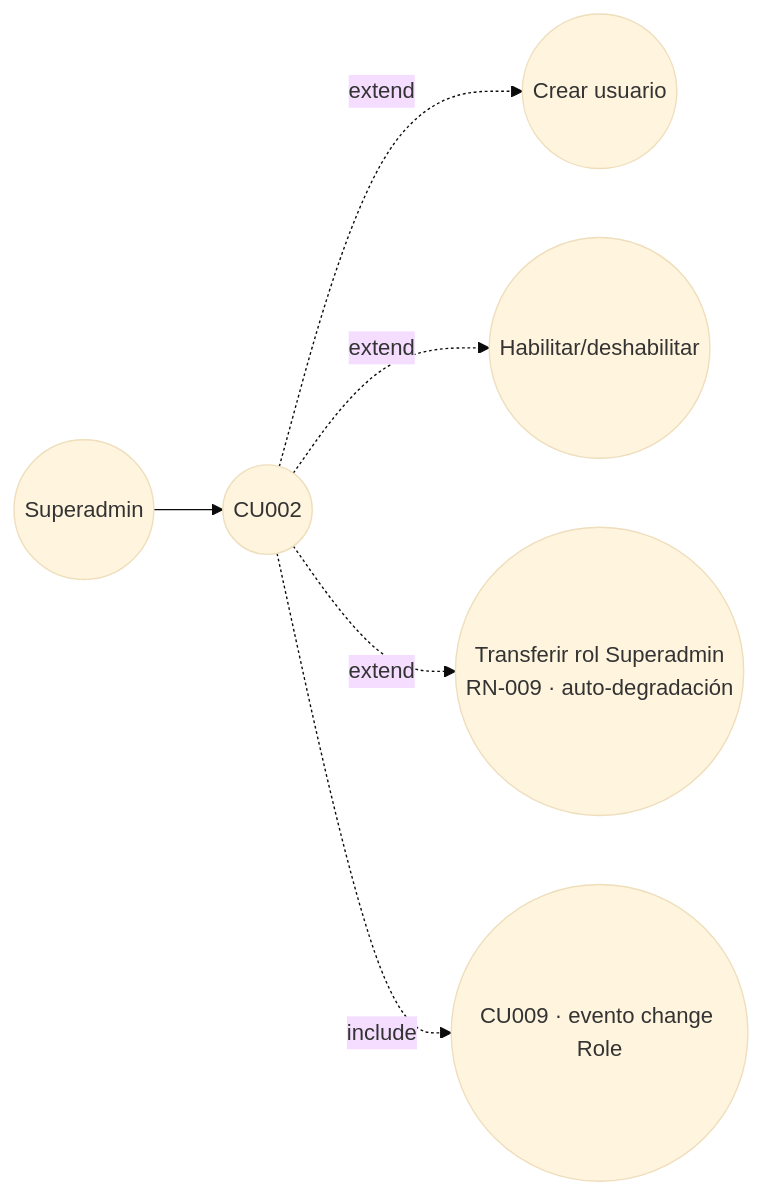
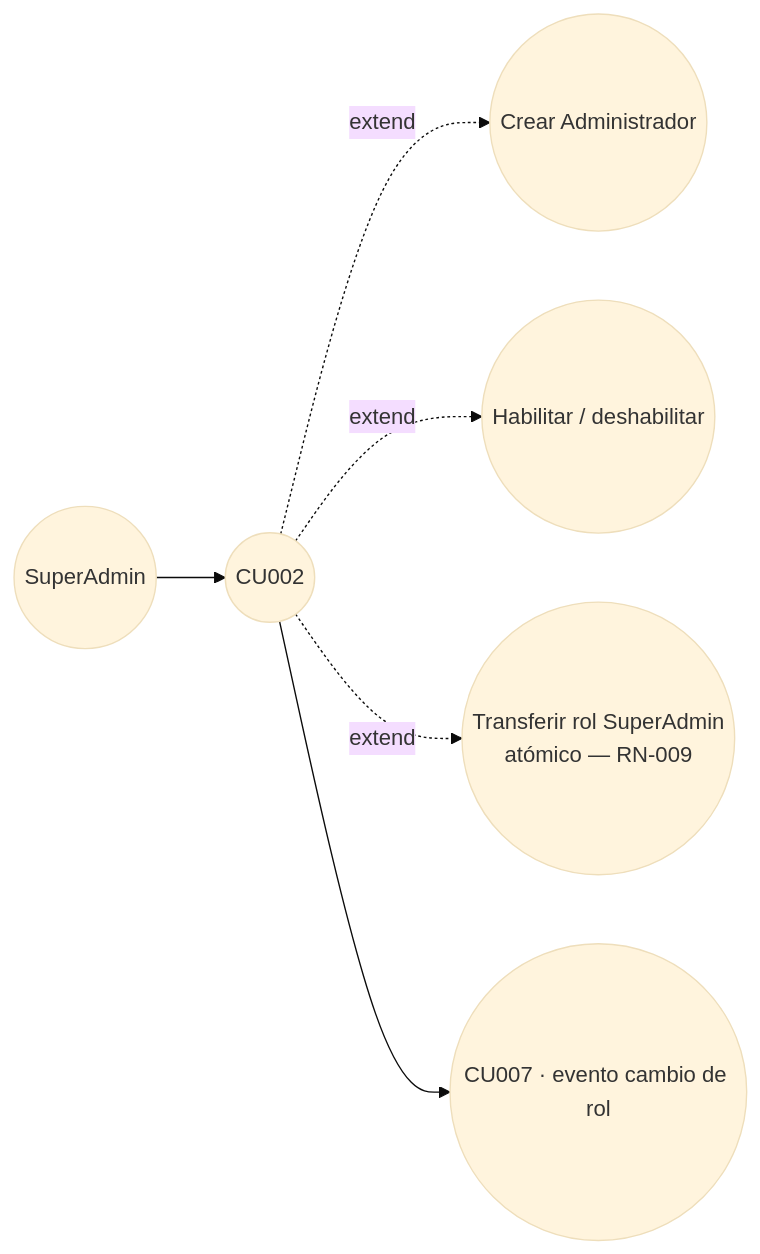
One commit to lFunkwnon01/igualab_md changed the third of 8 diagrams in FASE 1/01-Analisis-y-Diseno/07-Casos-de-Uso-Diagrama.md. Above: the diagram before and after it, drawn with Mermaid (base theme). The commit also changed other lines of this file and 124 other files, not shown here.

````diff
--- a/FASE 1/01-Analisis-y-Diseno/07-Casos-de-Uso-Diagrama.md
+++ b/FASE 1/01-Analisis-y-Diseno/07-Casos-de-Uso-Diagrama.md
@@ -77,8 +70,8 @@
 ```mermaid
 flowchart LR
-  SA(("Superadmin")) --> CU002((CU002))
-  CU002 -.->|extend| CREAR((Crear usuario))
-  CU002 -.->|extend| HAB((Habilitar/deshabilitar))
-  CU002 -.->|extend| TRANSF((Transferir rol Superadmin<br/>RN-009 · auto-degradación))
-  CU002 -.->|include| AUD((CU009 · evento change Role))
+  SA(("SuperAdmin")) --> CU002((CU002))
+  CU002 -.->|extend| CREAR((Crear Administrador))
+  CU002 -.->|extend| HAB((Habilitar / deshabilitar))
+  CU002 -.->|extend| TRANSF((Transferir rol SuperAdmin<br/>atómico — RN-009))
+  CU002 --> AUD((CU007 · evento cambio de rol))
 ```
````
